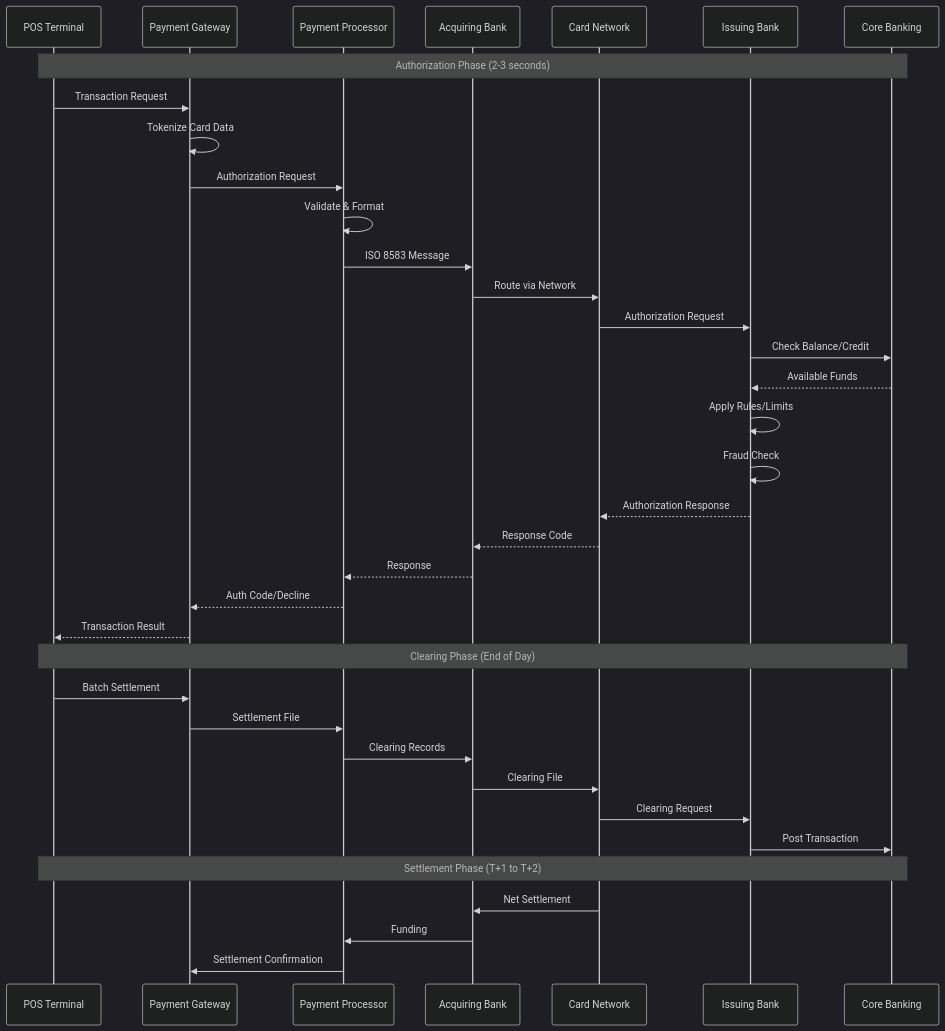
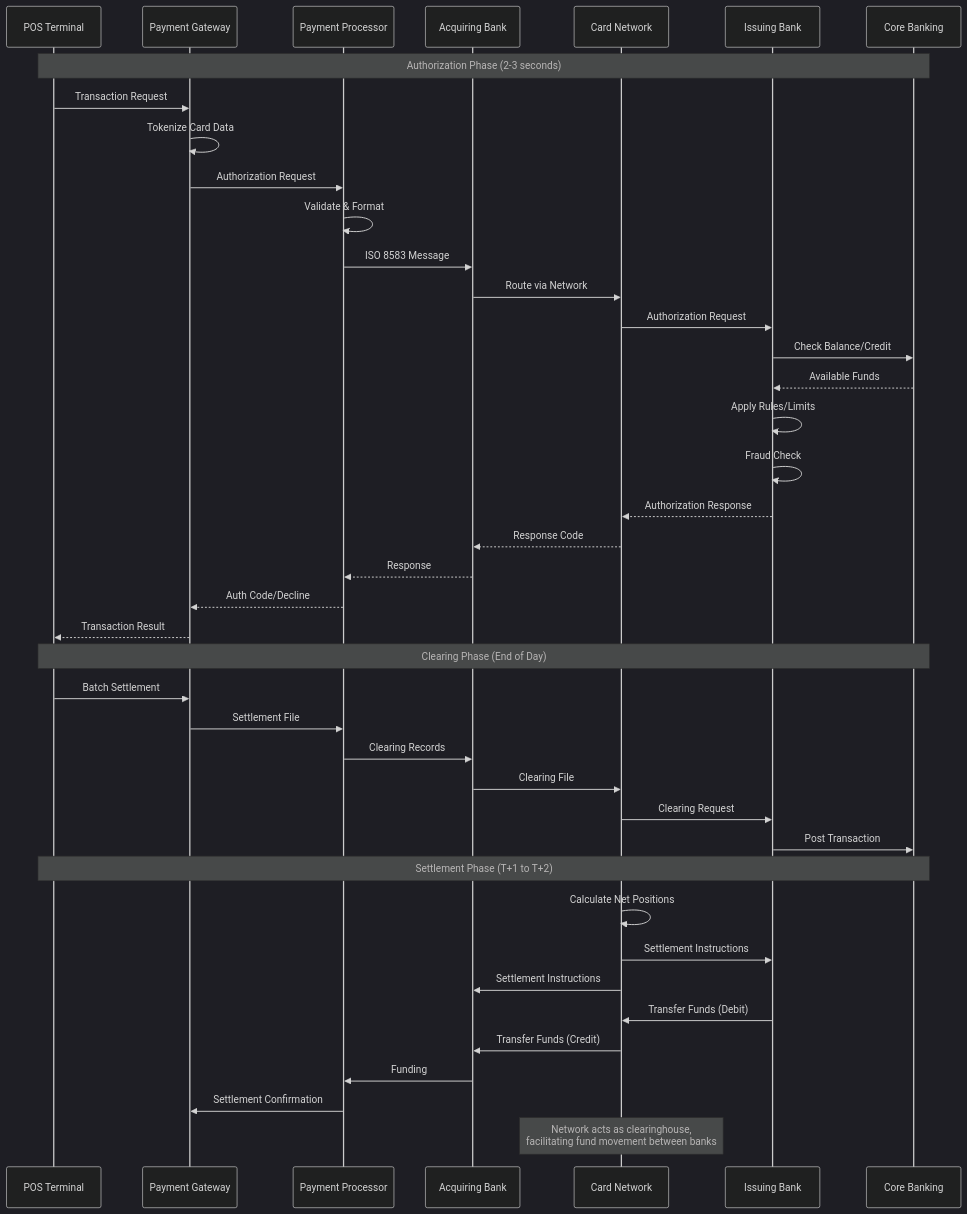
One commit to gurkanindibay/azure_learning changed the second of 20 diagrams in architecture-general/09-industry-specialized-architectures/9.1.1-financial-services-architecture/9.1.1.1-credit-card-transaction-system-architecture.md. Above: the diagram before and after it, drawn with Mermaid (dark theme). The commit also changed other lines of this file, not shown here.

Commit message:
Enhance Credit Card Transaction System architecture documentation with detailed Clearing and Settlement processes

````diff
--- a/architecture-general/09-industry-specialized-architectures/9.1.1-financial-services-architecture/9.1.1.1-credit-card-transaction-system-architecture.md
+++ b/architecture-general/09-industry-specialized-architectures/9.1.1-financial-services-architecture/9.1.1.1-credit-card-transaction-system-architecture.md
@@ -63,46 +63,52 @@
 ```mermaid
 sequenceDiagram
     participant POS as POS Terminal
     participant Gateway as Payment Gateway
     participant Processor as Payment Processor
     participant Acquirer as Acquiring Bank
     participant Network as Card Network
     participant Issuer as Issuing Bank
     participant Core as Core Banking
     
     Note over POS,Core: Authorization Phase (2-3 seconds)
     
     POS->>Gateway: Transaction Request
     Gateway->>Gateway: Tokenize Card Data
     Gateway->>Processor: Authorization Request
     Processor->>Processor: Validate & Format
     Processor->>Acquirer: ISO 8583 Message
     Acquirer->>Network: Route via Network
     Network->>Issuer: Authorization Request
     
     Issuer->>Core: Check Balance/Credit
     Core-->>Issuer: Available Funds
     Issuer->>Issuer: Apply Rules/Limits
     Issuer->>Issuer: Fraud Check
     
     Issuer-->>Network: Authorization Response
     Network-->>Acquirer: Response Code
     Acquirer-->>Processor: Response
     Processor-->>Gateway: Auth Code/Decline
     Gateway-->>POS: Transaction Result
     
     Note over POS,Core: Clearing Phase (End of Day)
     
     POS->>Gateway: Batch Settlement
     Gateway->>Processor: Settlement File
     Processor->>Acquirer: Clearing Records
     Acquirer->>Network: Clearing File
     Network->>Issuer: Clearing Request
     Issuer->>Core: Post Transaction
     
     Note over POS,Core: Settlement Phase (T+1 to T+2)
     
-    Network->>Acquirer: Net Settlement
+    Network->>Network: Calculate Net Positions
+    Network->>Issuer: Settlement Instructions
+    Network->>Acquirer: Settlement Instructions
+    Issuer->>Network: Transfer Funds (Debit)
+    Network->>Acquirer: Transfer Funds (Credit)
     Acquirer->>Processor: Funding
     Processor->>Gateway: Settlement Confirmation
+    
+    Note over Network: Network acts as clearinghouse,<br/>facilitating fund movement between banks
 ```
````
